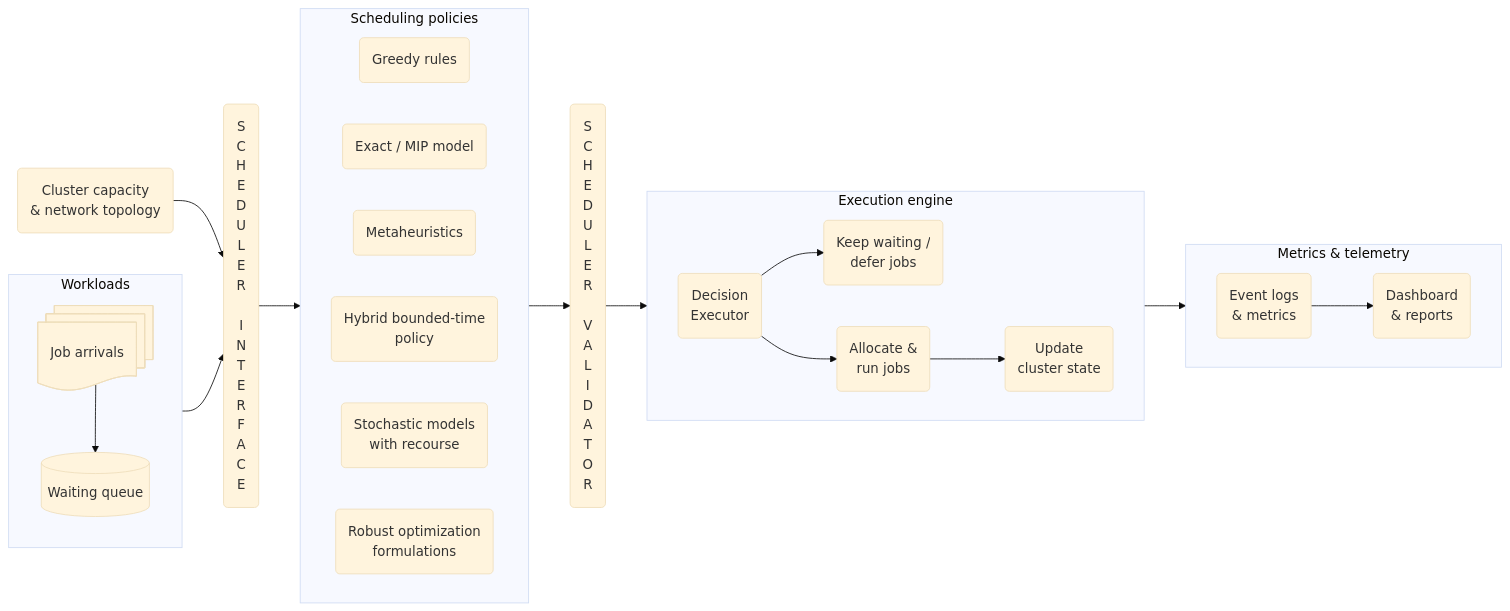
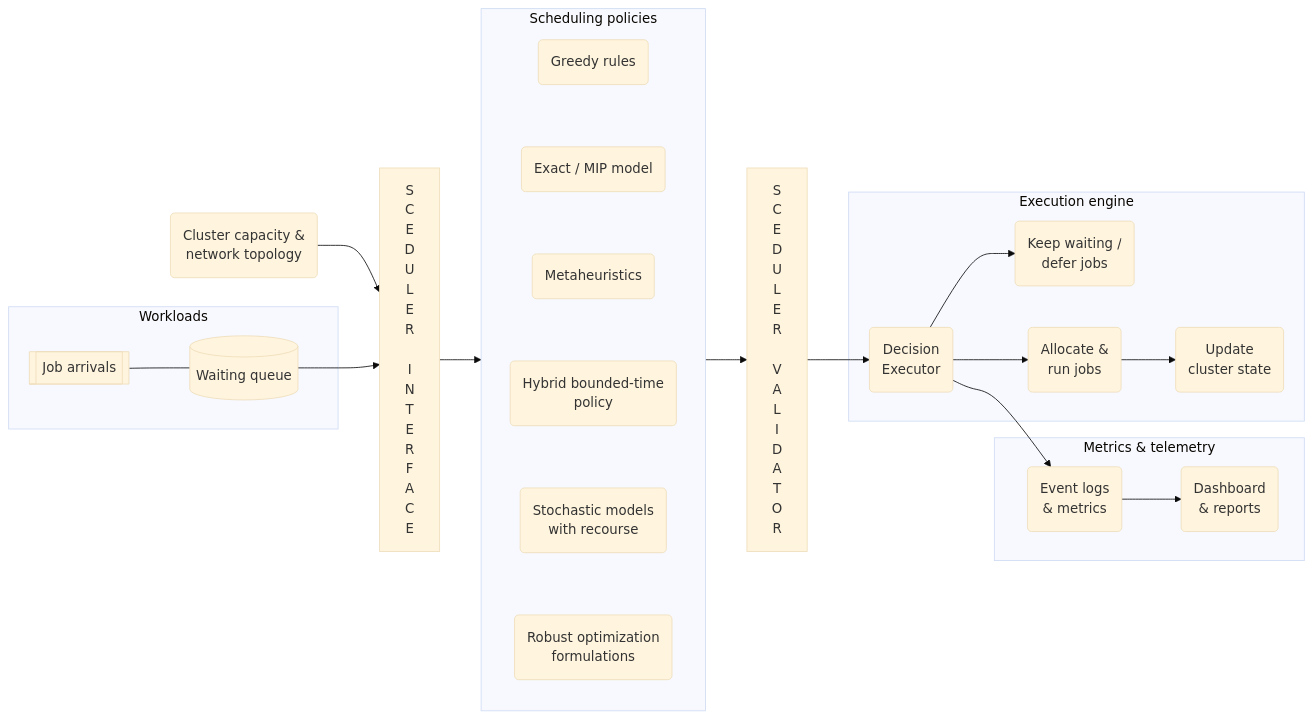
The first of 2 diagrams in README.md (momoadegbindin/compute-capacity-orchestrator), drawn with Mermaid (base theme) before and after one commit. The commit also changed other lines of this file, not shown here.

Commit message:
adjust mermaid diagrams directions

````diff
--- a/README.md
+++ b/README.md
@@ -46,46 +47,52 @@
 ```mermaid
 flowchart LR
     %% 1. Input Stream
-    subgraph W[Workloads]
-       direction TB
-       A@{ shape: docs, label: "Job arrivals"} --> B[(Waiting queue)]
+    subgraph W [Workloads]
+       A[["Job arrivals"]] 
+       B[(Waiting queue)]
+       A --- B
     end
   
-    S(Cluster capacity<br>& network topology) --> D("S<br>C<br>H<br>E<br>D<br>U<br>L<br>E<br>R<br><br>I<br>N<br>T<br>E<br>R<br>F<br>A<br>C<br>E")
+    S("Cluster capacity &<br>network topology") --> D
     B --> D
 
-    %% 2. Policy Choice
-    subgraph P[Scheduling policies]
-        direction RL
-        P1(Greedy rules)
-        P2(Exact / MIP model)
-        P3(Metaheuristics)
-        P4(Hybrid bounded-time<br>policy)
-        P5(Stochastic models<br>with recourse) 
-        P6(Robust optimization<br>formulations)
+    D["S<br>C<br>E<br>D<br>U<br>L<br>E<br>R<br><br>I<br>N<br>T<br>E<br>R<br>F<br>A<br>C<br>E"]
+
+    %% 2. Policy Choice (6x1 Vertical Stack)
+    subgraph P [Scheduling policies]
+        P1("Greedy rules")
+        P2("Exact / MIP model")
+        P3("Metaheuristics")
+        P4("Hybrid bounded-time<br>policy")
+        P5("Stochastic models<br>with recourse") 
+        P6("Robust optimization<br>formulations")
+        
+        %% Invisible links forcing a single 6x1 vertical column
+        P1 ~~~ P2 ~~~ P3 ~~~ P4 ~~~ P5 ~~~ P6
     end
     D --> P
   
     %% 3. Output Execution
-    subgraph Decisions[Execution engine]
-        direction LR
-        E(Decision<br>Executor)
-        G(Keep waiting /<br>defer jobs)
-        F(Allocate &<br>run jobs)
-        H(Update<br>cluster state)
+    subgraph Decisions [Execution engine]
+        E("Decision<br>Executor")
+        G("Keep waiting /<br>defer jobs")
+        F("Allocate &<br>run jobs")
+        H("Update<br>cluster state")
         E --> G
         E --> F
         F --> H
     end 
-    P -->  V("S<br>C<br>H<br>E<br>D<br>U<br>L<br>E<br>R<br><br>V<br>A<br>L<br>I<br>D<br>A<br>T<br>O<br>R")
+    P --> V
     V --> E
+
+    V["S<br>C<br>E<br>D<br>U<br>L<br>E<br>R<br><br>V<br>A<br>L<br>I<br>D<br>A<br>T<br>O<br>R"]
   
     %% 4. Metrics Logging
-    subgraph Analytics[Metrics & telemetry]
-        direction LR
-	    I(Event logs<br>& metrics)
-	    I --> J(Dashboard<br>& reports)
+    subgraph Analytics [Metrics & telemetry]
+	    I("Event logs<br>& metrics")
+	    J("Dashboard<br>& reports")
+	    I --> J
 	end
 	E --> I
 
 ```
````
